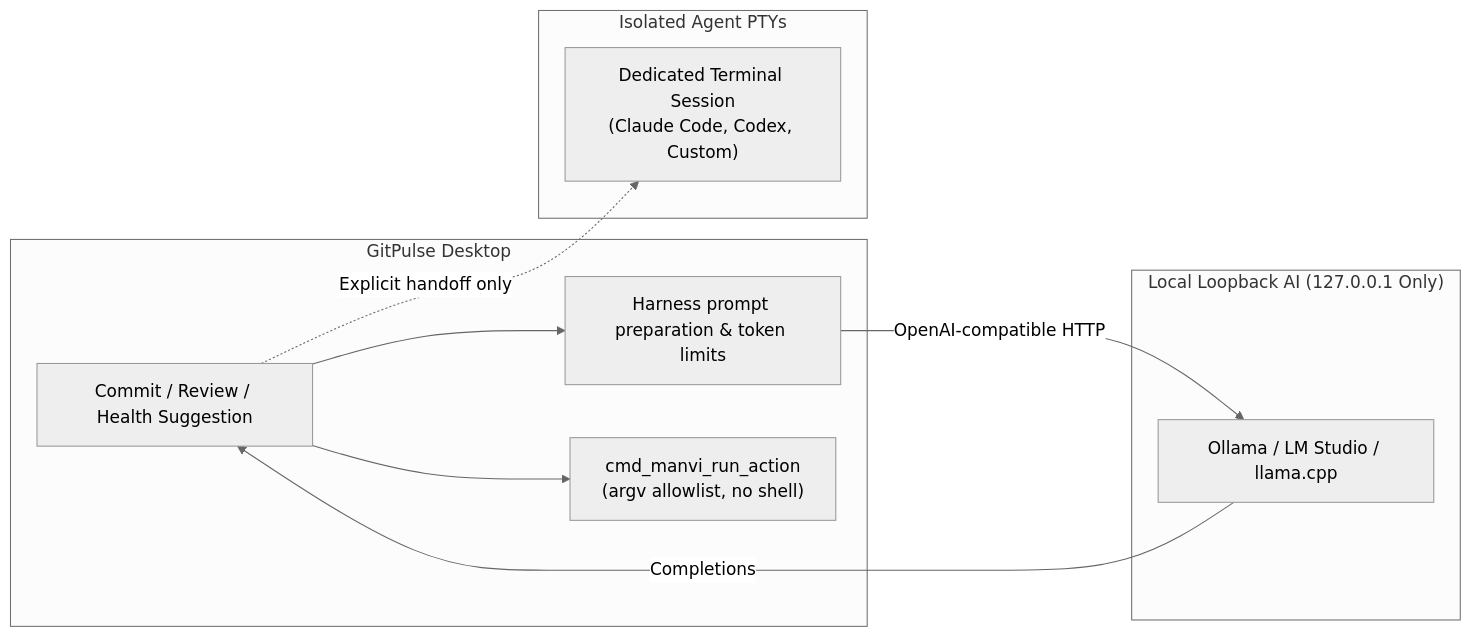
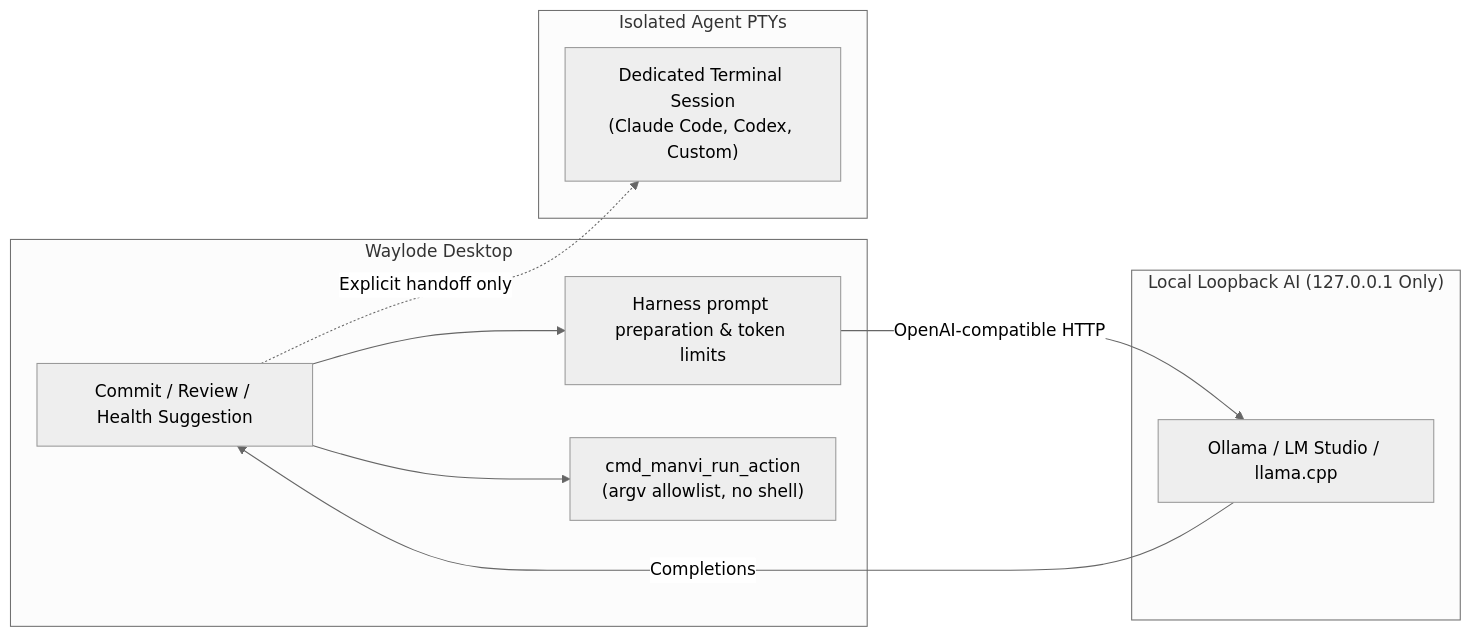
Before and after one commit to bharathvbcr/GitPulse: the second of 2 diagrams in wiki/Policy and AI.md, drawn with Mermaid (neutral theme). The commit also changed 57 other files, not shown here.

````diff
--- a/wiki/Policy and AI.md
+++ b/wiki/Policy and AI.md
@@ -45,22 +45,22 @@
 ```mermaid
 flowchart LR
-    subgraph GitPulseCore["GitPulse Desktop"]
+    subgraph GitPulseCore["Waylode Desktop"]
         UIComp["Commit / Review / Health Suggestion"]
         PromptPrep["Harness prompt preparation & token limits"]
         ActionRunner["cmd_manvi_run_action<br/>(argv allowlist, no shell)"]
     end
 
     subgraph LoopbackAI["Local Loopback AI (127.0.0.1 Only)"]
         Ollama["Ollama / LM Studio / llama.cpp"]
     end
 
     subgraph TerminalIsolation["Isolated Agent PTYs"]
         DockPTY["Dedicated Terminal Session<br/>(Claude Code, Codex, Custom)"]
     end
 
     UIComp --> PromptPrep
     PromptPrep -->|OpenAI-compatible HTTP| Ollama
     Ollama -->|Completions| UIComp
     UIComp --> ActionRunner
     UIComp -.->|Explicit handoff only| DockPTY
 ```
````
